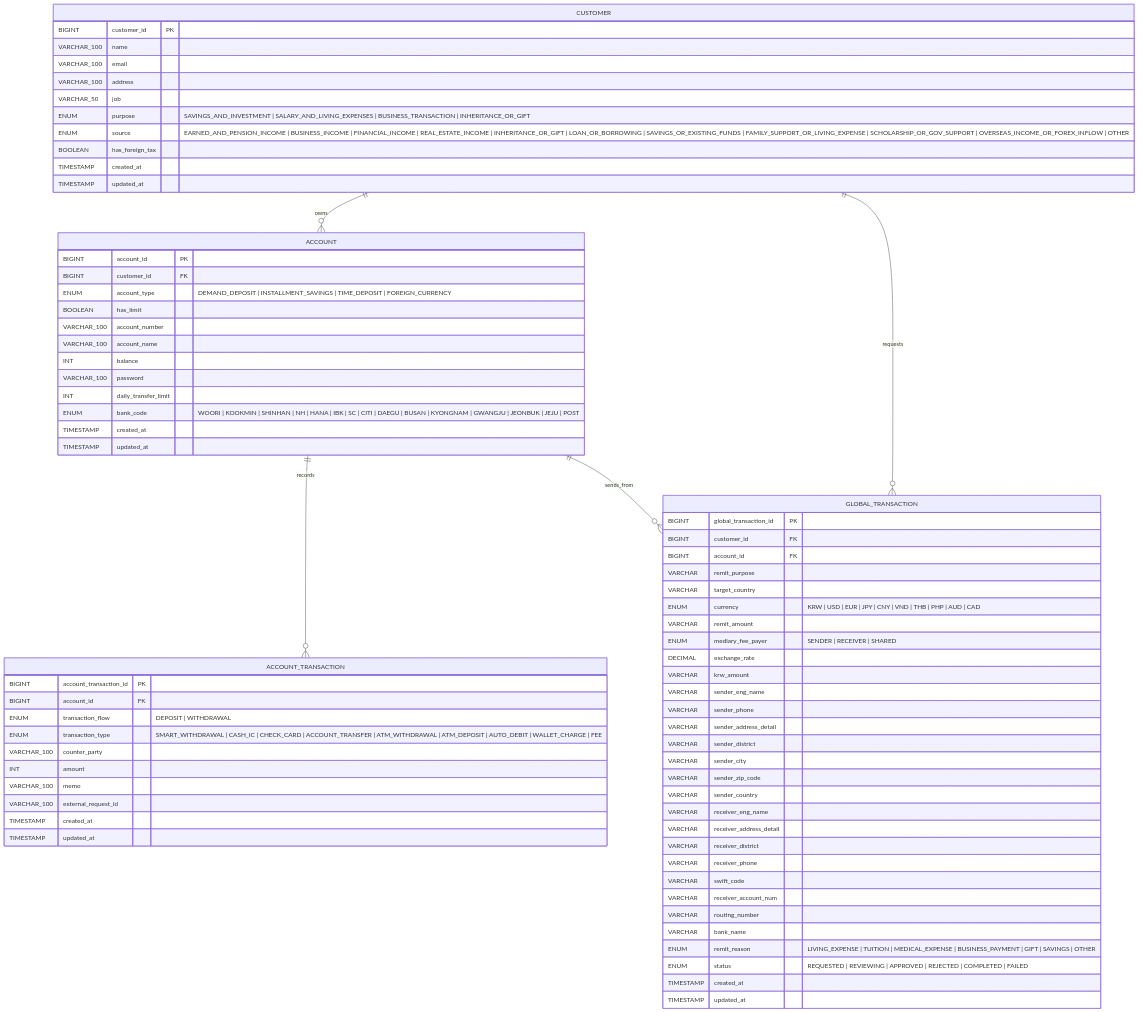
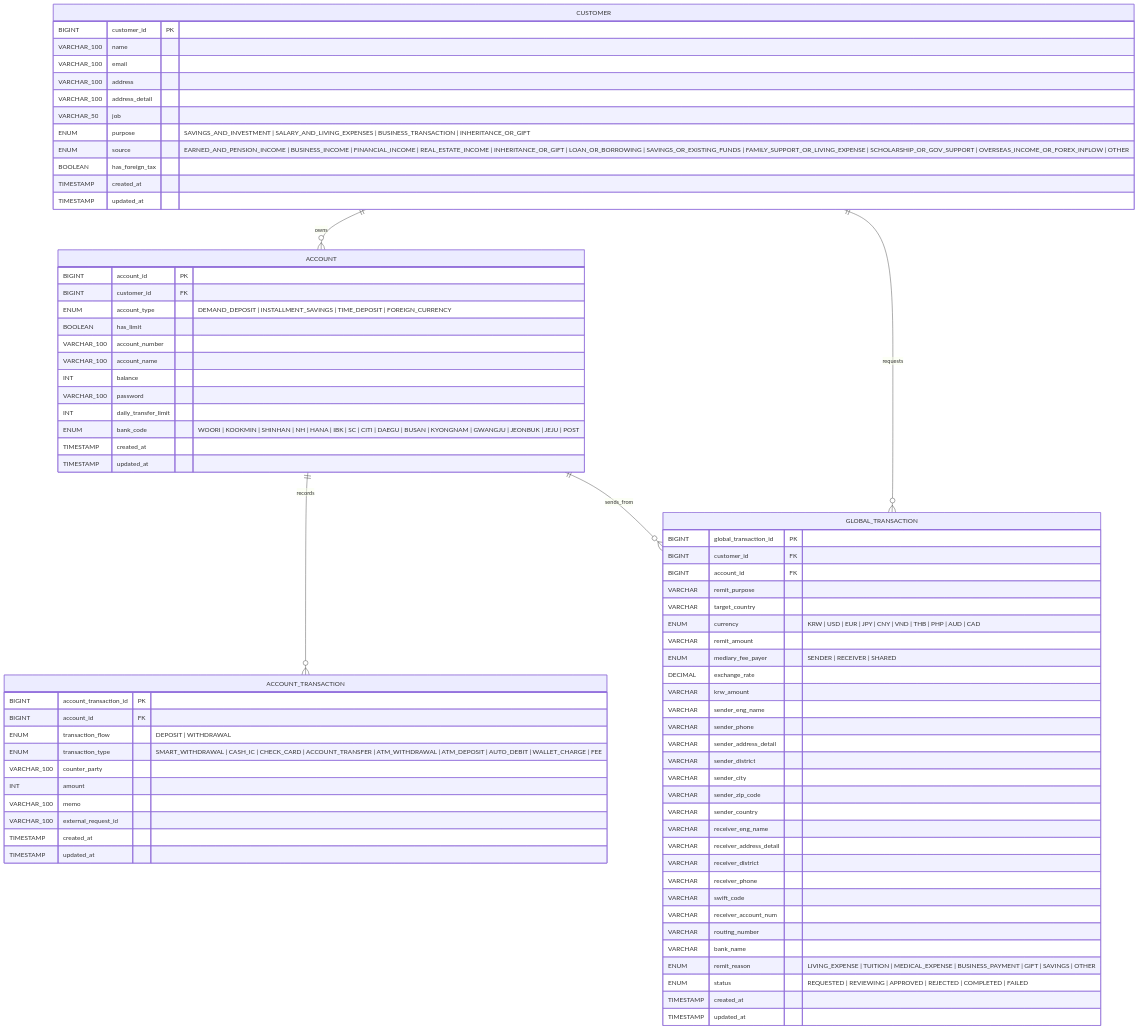
The diagram in coreBanking/docs/erd.md (jaepar/NOVA), drawn with Mermaid before and after one commit. The commit also changed other lines of this file and 2 other files, not shown here.

````diff
--- a/coreBanking/docs/erd.md
+++ b/coreBanking/docs/erd.md
@@ -7,80 +7,81 @@
 ```mermaid
 erDiagram
   CUSTOMER {
     BIGINT customer_id PK
     VARCHAR_100 name
     VARCHAR_100 email
     VARCHAR_100 address
+    VARCHAR_100 address_detail
     VARCHAR_50 job
     ENUM purpose "SAVINGS_AND_INVESTMENT | SALARY_AND_LIVING_EXPENSES | BUSINESS_TRANSACTION | INHERITANCE_OR_GIFT"
     ENUM source "EARNED_AND_PENSION_INCOME | BUSINESS_INCOME | FINANCIAL_INCOME | REAL_ESTATE_INCOME | INHERITANCE_OR_GIFT | LOAN_OR_BORROWING | SAVINGS_OR_EXISTING_FUNDS | FAMILY_SUPPORT_OR_LIVING_EXPENSE | SCHOLARSHIP_OR_GOV_SUPPORT | OVERSEAS_INCOME_OR_FOREX_INFLOW | OTHER"
     BOOLEAN has_foreign_tax
     TIMESTAMP created_at
     TIMESTAMP updated_at
   }
 
   ACCOUNT {
     BIGINT account_id PK
     BIGINT customer_id FK
     ENUM account_type "DEMAND_DEPOSIT | INSTALLMENT_SAVINGS | TIME_DEPOSIT | FOREIGN_CURRENCY"
     BOOLEAN has_limit
     VARCHAR_100 account_number
     VARCHAR_100 account_name
     INT balance
     VARCHAR_100 password
     INT daily_transfer_limit
     ENUM bank_code "WOORI | KOOKMIN | SHINHAN | NH | HANA | IBK | SC | CITI | DAEGU | BUSAN | KYONGNAM | GWANGJU | JEONBUK | JEJU | POST"
     TIMESTAMP created_at
     TIMESTAMP updated_at
   }
 
   ACCOUNT_TRANSACTION {
     BIGINT account_transaction_id PK
     BIGINT account_id FK
     ENUM transaction_flow "DEPOSIT | WITHDRAWAL"
     ENUM transaction_type "SMART_WITHDRAWAL | CASH_IC | CHECK_CARD | ACCOUNT_TRANSFER | ATM_WITHDRAWAL | ATM_DEPOSIT | AUTO_DEBIT | WALLET_CHARGE | FEE"
     VARCHAR_100 counter_party
     INT amount
     VARCHAR_100 memo
     VARCHAR_100 external_request_id
     TIMESTAMP created_at
     TIMESTAMP updated_at
   }
 
   GLOBAL_TRANSACTION {
     BIGINT global_transaction_id PK
     BIGINT customer_id FK
     BIGINT account_id FK
     VARCHAR remit_purpose
     VARCHAR target_country
     ENUM currency "KRW | USD | EUR | JPY | CNY | VND | THB | PHP | AUD | CAD"
     VARCHAR remit_amount
     ENUM mediary_fee_payer "SENDER | RECEIVER | SHARED"
     DECIMAL exchange_rate
     VARCHAR krw_amount
     VARCHAR sender_eng_name
     VARCHAR sender_phone
     VARCHAR sender_address_detail
     VARCHAR sender_district
     VARCHAR sender_city
     VARCHAR sender_zip_code
     VARCHAR sender_country
     VARCHAR receiver_eng_name
     VARCHAR receiver_address_detail
     VARCHAR receiver_district
     VARCHAR receiver_phone
     VARCHAR swift_code
     VARCHAR receiver_account_num
     VARCHAR routing_number
     VARCHAR bank_name
     ENUM remit_reason "LIVING_EXPENSE | TUITION | MEDICAL_EXPENSE | BUSINESS_PAYMENT | GIFT | SAVINGS | OTHER"
     ENUM status "REQUESTED | REVIEWING | APPROVED | REJECTED | COMPLETED | FAILED"
     TIMESTAMP created_at
     TIMESTAMP updated_at
   }
 
   CUSTOMER ||--o{ ACCOUNT : owns
   ACCOUNT ||--o{ ACCOUNT_TRANSACTION : records
   CUSTOMER ||--o{ GLOBAL_TRANSACTION : requests
   ACCOUNT ||--o{ GLOBAL_TRANSACTION : sends_from
 ```
````
